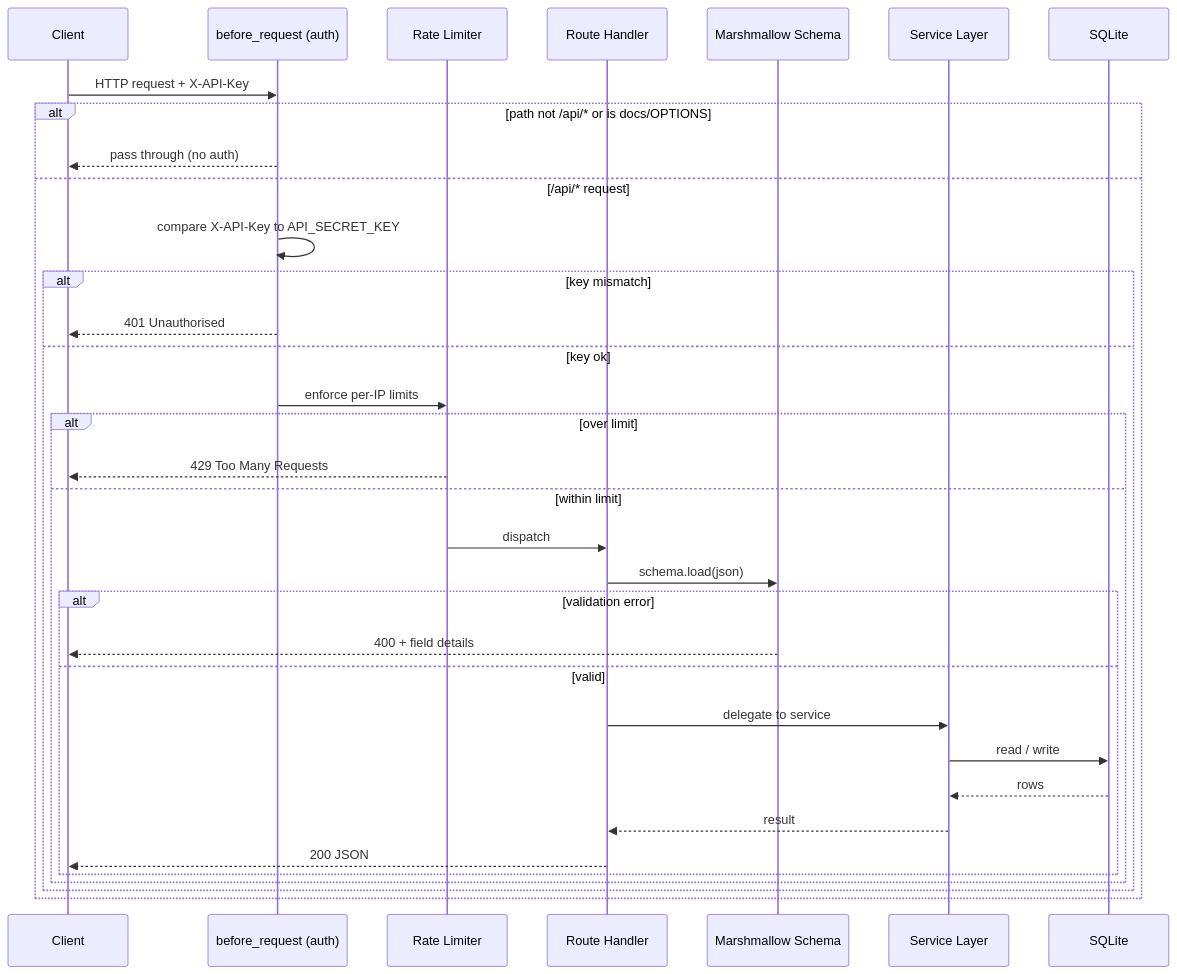
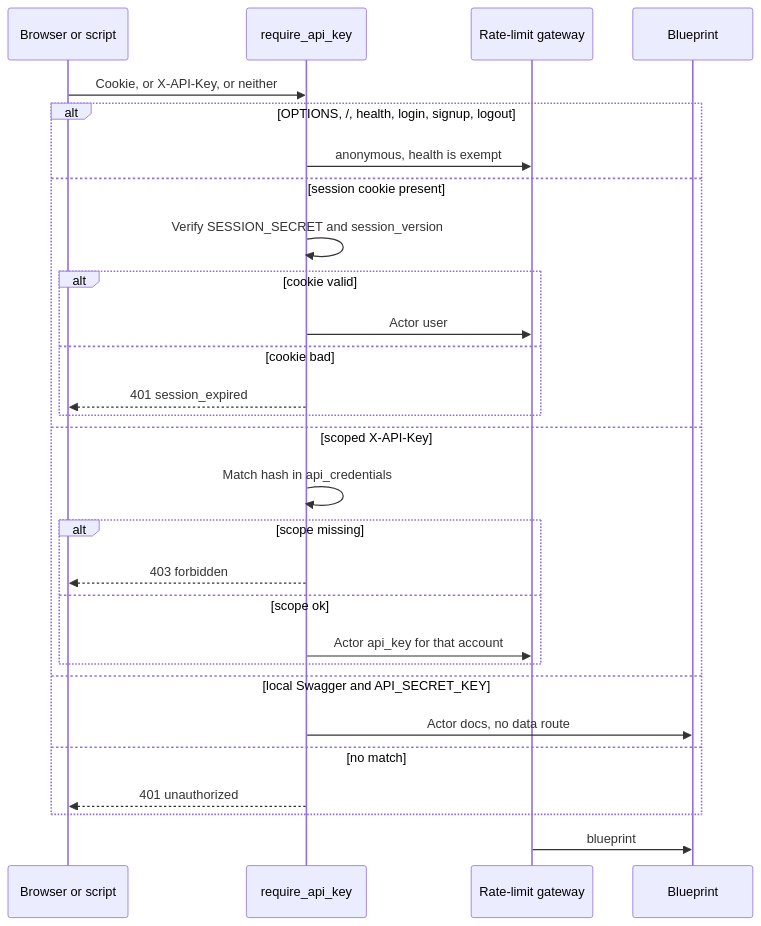
Before and after one commit to ShantanuGarg2004/FinPilot: the diagram in docs/ARCHITECTURE.md, drawn with Mermaid. The commit also changed other lines of this file and 68 other files, not shown here.

First line of the commit message:
feat: queue Groq work and bind data routes to the signed-in account

````diff
--- a/docs/ARCHITECTURE.md
+++ b/docs/ARCHITECTURE.md
@@ -100,37 +50,31 @@
 ```mermaid
 sequenceDiagram
-    participant C as Client
-    participant MW as before_request (auth)
-    participant RL as Rate Limiter
-    participant R as Route Handler
-    participant SC as Marshmallow Schema
-    participant S as Service Layer
-    participant DB as SQLite
+    participant C as Browser or script
+    participant A as require_api_key
+    participant G as Rate-limit gateway
+    participant R as Blueprint
 
-    C->>MW: HTTP request + X-API-Key
-    alt path not /api/* or is docs/OPTIONS
-        MW-->>C: pass through (no auth)
-    else /api/* request
-        MW->>MW: compare X-API-Key to API_SECRET_KEY
-        alt key mismatch
-            MW-->>C: 401 Unauthorised
-        else key ok
-            MW->>RL: enforce per-IP limits
-            alt over limit
-                RL-->>C: 429 Too Many Requests
-            else within limit
-                RL->>R: dispatch
-                R->>SC: schema.load(json)
-                alt validation error
-                    SC-->>C: 400 + field details
-                else valid
-                    R->>S: delegate to service
-                    S->>DB: read / write
-                    DB-->>S: rows
-                    S-->>R: result
-                    R-->>C: 200 JSON
-                end
-            end
+    C->>A: Cookie, or X-API-Key, or neither
+    alt OPTIONS, /, health, login, signup, logout
+        A->>G: anonymous, health is exempt
+    else session cookie present
+        A->>A: Verify SESSION_SECRET and session_version
+        alt cookie valid
+            A->>G: Actor user
+        else cookie bad
+            A-->>C: 401 session_expired
         end
+    else scoped X-API-Key
+        A->>A: Match hash in api_credentials
+        alt scope missing
+            A-->>C: 403 forbidden
+        else scope ok
+            A->>G: Actor api_key for that account
+        end
+    else local Swagger and API_SECRET_KEY
+        A->>R: Actor docs, no data route
+    else no match
+        A-->>C: 401 unauthorized
     end
+    G->>R: blueprint
 ```
````
